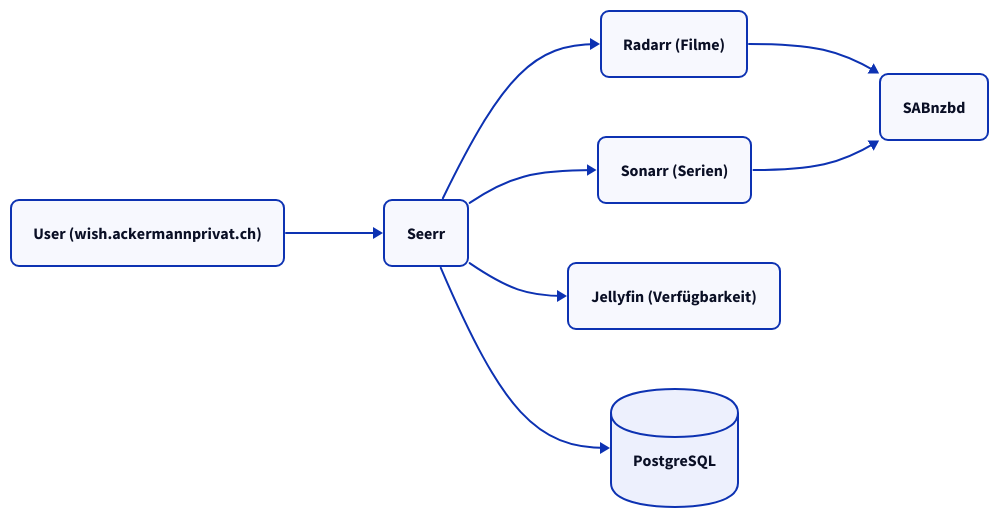
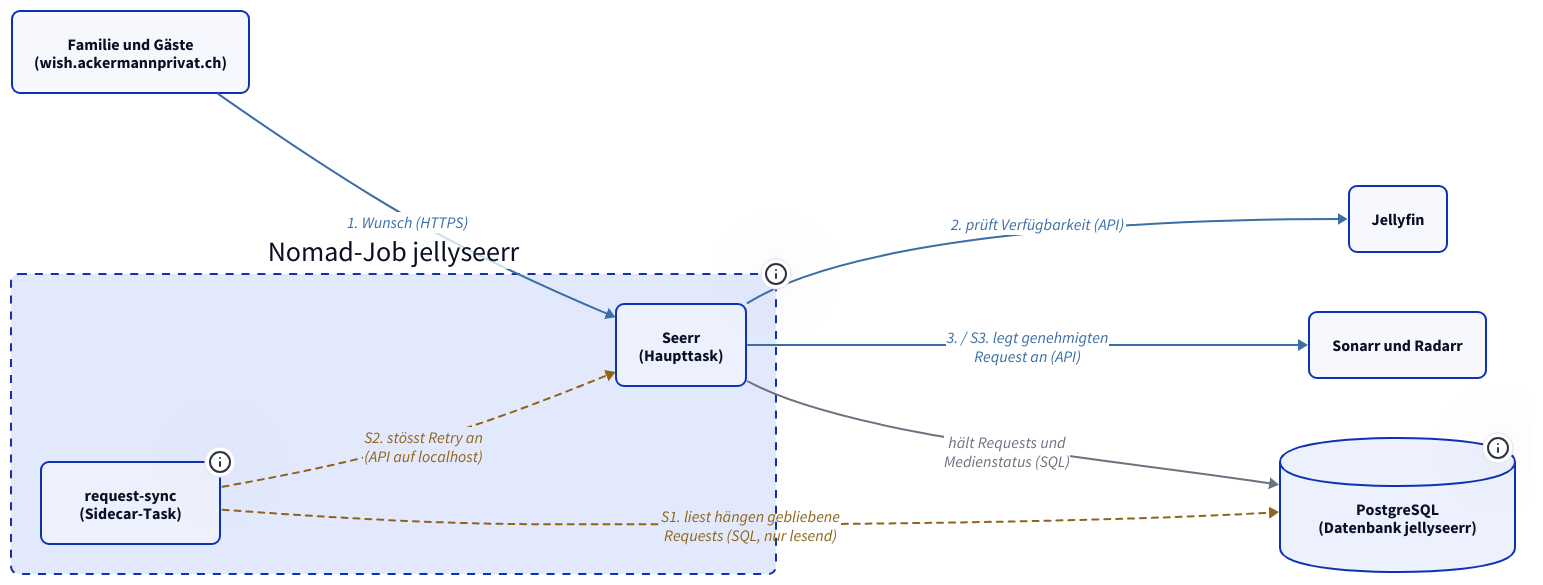
One commit to derever-labs/homelab-wiki changed the diagram in docs/medien/jellyseerr.md. Above: the diagram before and after it, drawn with D2. The commit also changed other lines of this file, not shown here.

First paragraph of the commit message:
docs(jellyseerr): Diagramm um Retry-Sidecar-Ebene vertiefen (#133)
## F7-Diagramm-Vertiefung Rang 7: Seerr (Jellyseerr)

````diff
--- a/docs/medien/jellyseerr.md
+++ b/docs/medien/jellyseerr.md
@@ -36,19 +40,38 @@
 ```d2
+classes: {
+  svc: { style: { border-radius: 8 } }
+  grp: { style: { border-radius: 8; stroke-dash: 4 } }
+  data: { shape: cylinder; style: { border-radius: 8 } }
+  wunsch: { style: { stroke: "#3b6ea5"; font-color: "#3b6ea5" } }
+  retry: { style: { stroke: "#8f6418"; font-color: "#8f6418"; stroke-dash: 3 } }
+  neben: { style: { stroke: "#6b7280"; font-color: "#6b7280" } }
+}
+
 direction: right
 
-USER: "User (wish.ackermannprivat.ch)" { style.border-radius: 8 }
-JS: Seerr { style.border-radius: 8 }
-RAD: "Radarr (Filme)" { style.border-radius: 8 }
-SON: "Sonarr (Serien)" { style.border-radius: 8 }
-JF: "Jellyfin (Verfügbarkeit)" { style.border-radius: 8 }
-SAB: SABnzbd { style.border-radius: 8 }
-PG: PostgreSQL { shape: cylinder }
+user: "Familie und Gäste\n(wish.ackermannprivat.ch)" { class: svc }
 
-USER -> JS
-JS -> RAD
-JS -> SON
-JS -> JF
-RAD -> SAB
-SON -> SAB
-JS -> PG
+alloc: Nomad-Job jellyseerr {
+  class: grp
+  tooltip: eine Allokation im Host-Netzwerk auf client-05/06 -- ein Prestart-Task wartet vor dem Start auf PostgreSQL
+  seerr: "Seerr\n(Haupttask)" { class: svc }
+  rsync: "request-sync\n(Sidecar-Task)" {
+    class: svc
+    tooltip: Python-Loop im selben Job -- wartet beim Start bis die Seerr-API antwortet
+  }
+}
+
+jf: Jellyfin { class: svc }
+arr: Sonarr und Radarr { class: svc }
+pg: "PostgreSQL\n(Datenbank jellyseerr)" {
+  class: data
+  tooltip: Shared Cluster über Consul DNS -- postgres.service.consul
+}
+
+user -> alloc.seerr: "1. Wunsch (HTTPS)" { class: wunsch }
+alloc.seerr -> jf: "2. prüft Verfügbarkeit (API)" { class: wunsch }
+alloc.seerr -> arr: "3. / S3. legt genehmigten\nRequest an (API)" { class: wunsch }
+alloc.seerr -> pg: "hält Requests und\nMedienstatus (SQL)" { class: neben }
+alloc.rsync -> pg: "S1. liest hängen gebliebene\nRequests (SQL, nur lesend)" { class: retry }
+alloc.rsync -> alloc.seerr: "S2. stösst Retry an\n(API auf localhost)" { class: retry }
 ```
````
